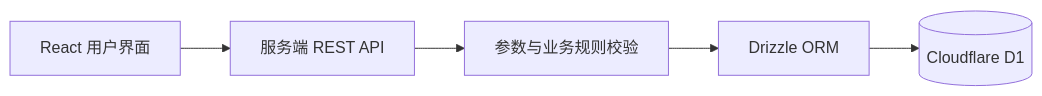
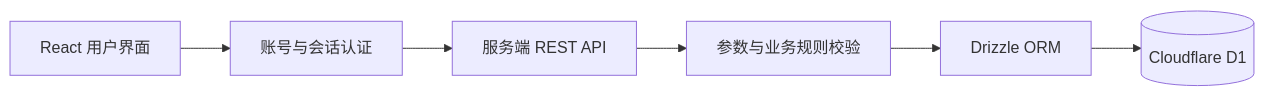
The first of 2 diagrams in docs/开发设计文档.md (TezukaKeigo/zhiyue-literature-notes), drawn with Mermaid before and after one commit. The commit also changed other lines of this file and 17 other files, not shown here.

````diff
--- a/docs/开发设计文档.md
+++ b/docs/开发设计文档.md
@@ -31,7 +35,8 @@
 ```mermaid
 flowchart LR
-  UI[React 用户界面] --> API[服务端 REST API]
+  UI[React 用户界面] --> AUTH[账号与会话认证]
+  AUTH --> API[服务端 REST API]
   API --> VAL[参数与业务规则校验]
   VAL --> ORM[Drizzle ORM]
   ORM --> DB[(Cloudflare D1)]
 ```
````
